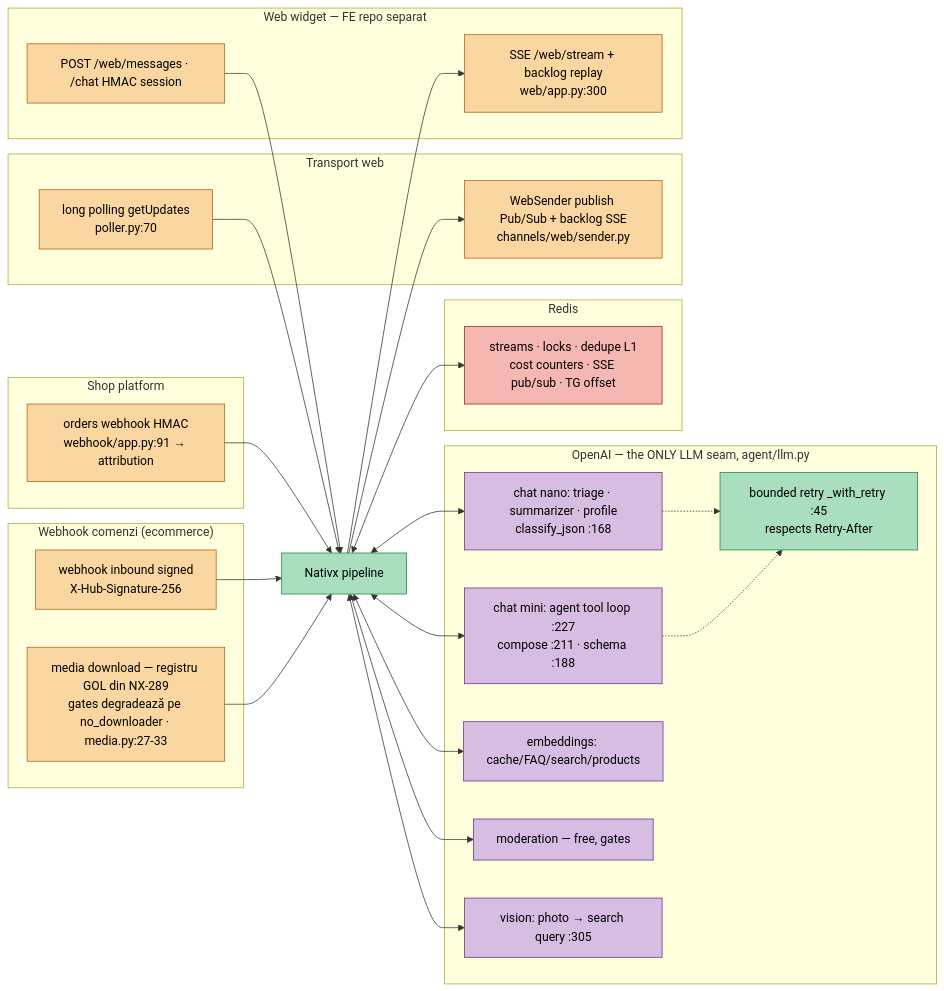
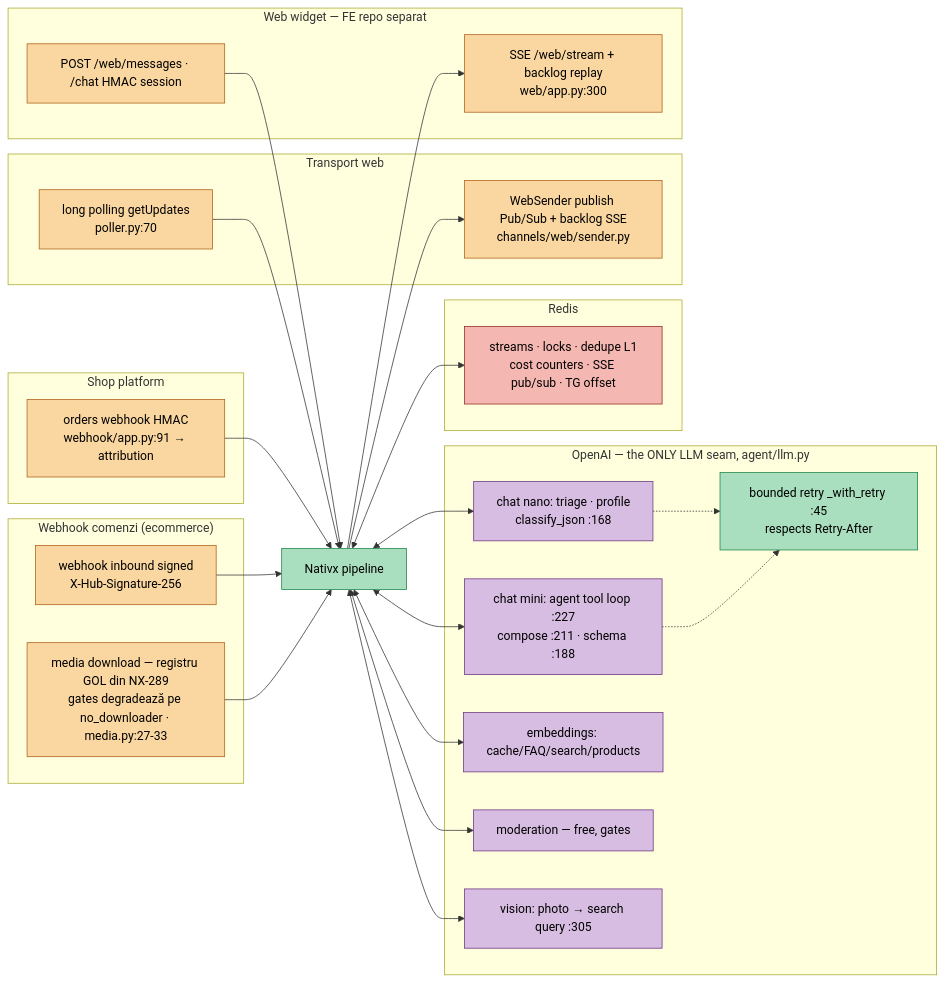
One commit to AdiBoaru/Sales-Ass changed diagram 17 of 19 in docs/ARCHITECTURE-WORKFLOWS.md. Above: the diagram before and after it, drawn with Mermaid. The commit also changed other lines of this file and 47 other files, not shown here.

````diff
--- a/docs/ARCHITECTURE-WORKFLOWS.md
+++ b/docs/ARCHITECTURE-WORKFLOWS.md
@@ -1253,57 +1248,57 @@
 ```mermaid
 flowchart LR
   classDef sys fill:#a9dfbf,stroke:#1e8449,color:#000
   classDef ext fill:#fad7a0,stroke:#af601a,color:#000
   classDef llm fill:#d7bde2,stroke:#6c3483,color:#000
   classDef q fill:#f5b7b1,stroke:#922b21,color:#000
 
   subgraph OpenAI["OpenAI — the ONLY LLM seam, agent/llm.py"]
-    NANO["chat nano: triage · summarizer · profile<br/>classify_json :168"]:::llm
+    NANO["chat nano: triage · profile<br/>classify_json :168"]:::llm
     MINI["chat mini: agent tool loop :227<br/>compose :211 · schema :188"]:::llm
     EMBD["embeddings: cache/FAQ/search/products"]:::llm
     MOD["moderation — free, gates"]:::llm
     VISN["vision: photo → search query :305"]:::llm
     RTY["bounded retry _with_retry :45<br/>respects Retry-After"]:::sys
   end
 
   subgraph Commerce["Webhook comenzi (ecommerce)"]
     MIN["webhook inbound signed<br/>X-Hub-Signature-256"]:::ext
     MMED["media download — registru GOL din NX-289<br/>gates degradează pe no_downloader · media.py:27-33"]:::ext
   end
 
   subgraph WebOut["Transport web"]
     TIN["long polling getUpdates<br/>poller.py:70"]:::ext
     TOUT["WebSender publish Pub/Sub + backlog SSE<br/>channels/web/sender.py"]:::ext
   end
 
   subgraph Web["Web widget — FE repo separat"]
     WIN["POST /web/messages · /chat HMAC session"]:::ext
     WOUT2["SSE /web/stream + backlog replay<br/>web/app.py:300"]:::ext
   end
 
   subgraph Shop["Shop platform"]
     OIN["orders webhook HMAC<br/>webhook/app.py:91 → attribution"]:::ext
   end
 
   subgraph RedisSvc["Redis"]
     RS["streams · locks · dedupe L1<br/>cost counters · SSE pub/sub · TG offset"]:::q
   end
 
   SYS["Nativx pipeline"]:::sys
 
   MIN --> SYS
   TIN --> SYS
   WIN --> SYS
   OIN --> SYS
   MMED --> SYS
   SYS --> TOUT
   SYS --> WOUT2
   SYS <--> RS
   SYS <--> NANO
   SYS <--> MINI
   SYS <--> EMBD
   SYS <--> MOD
   SYS <--> VISN
   NANO -.-> RTY
   MINI -.-> RTY
 ```
````
